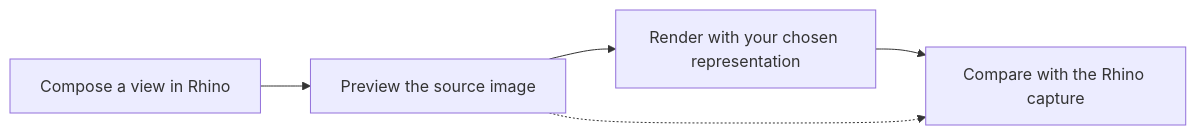
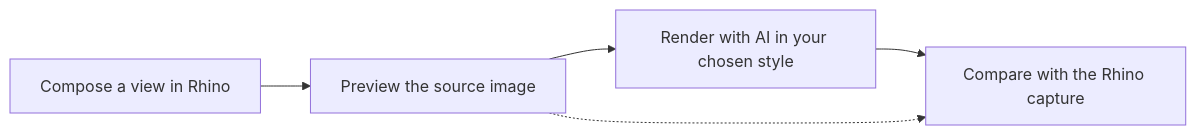
Before and after one commit to PascalNun/VisoLoom: the diagram in README.md, drawn with Mermaid. The commit also changed other lines of this file, not shown here.

````diff
--- a/README.md
+++ b/README.md
@@ -11,7 +11,7 @@
 ```mermaid
 flowchart LR
     view["Compose a view in Rhino"] --> preview["Preview the source image"]
-    preview --> render["Render with your chosen representation"]
+    preview --> render["Render with AI in your chosen style"]
     render --> compare["Compare with the Rhino capture"]
     preview -.-> compare
 ```
````
